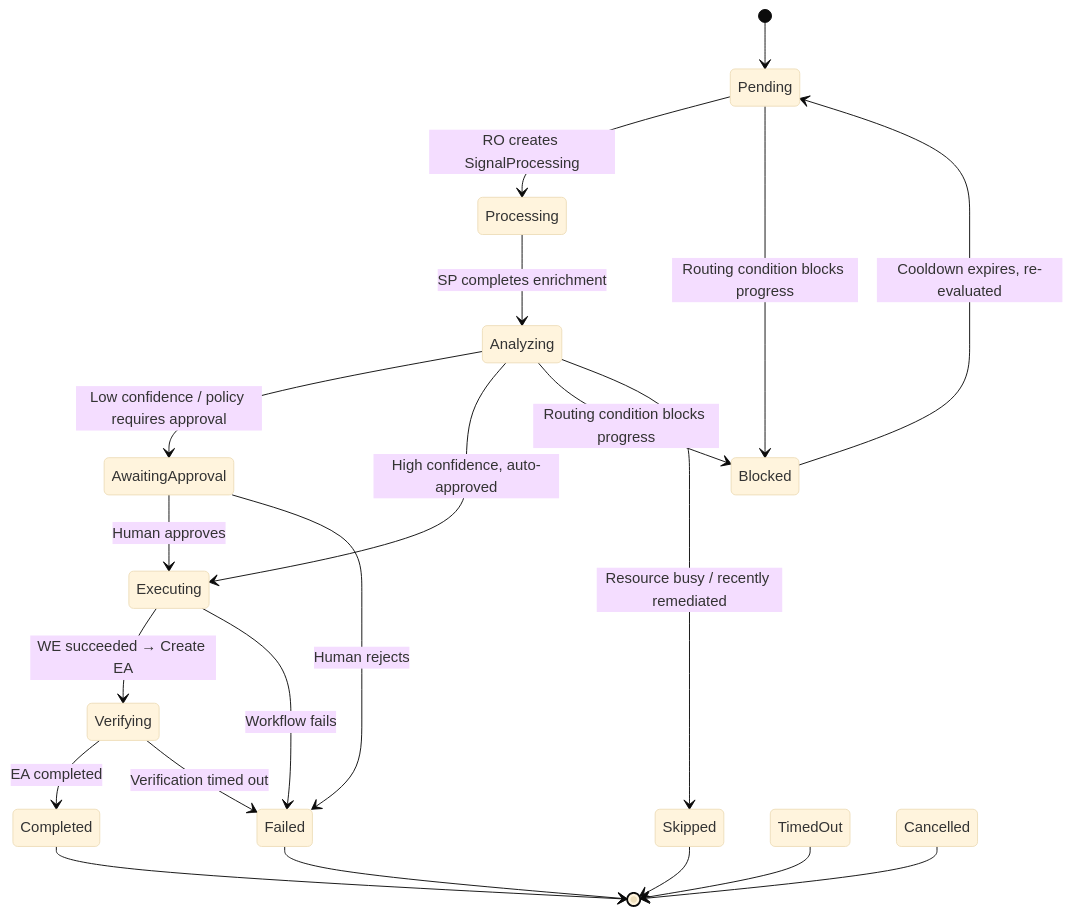
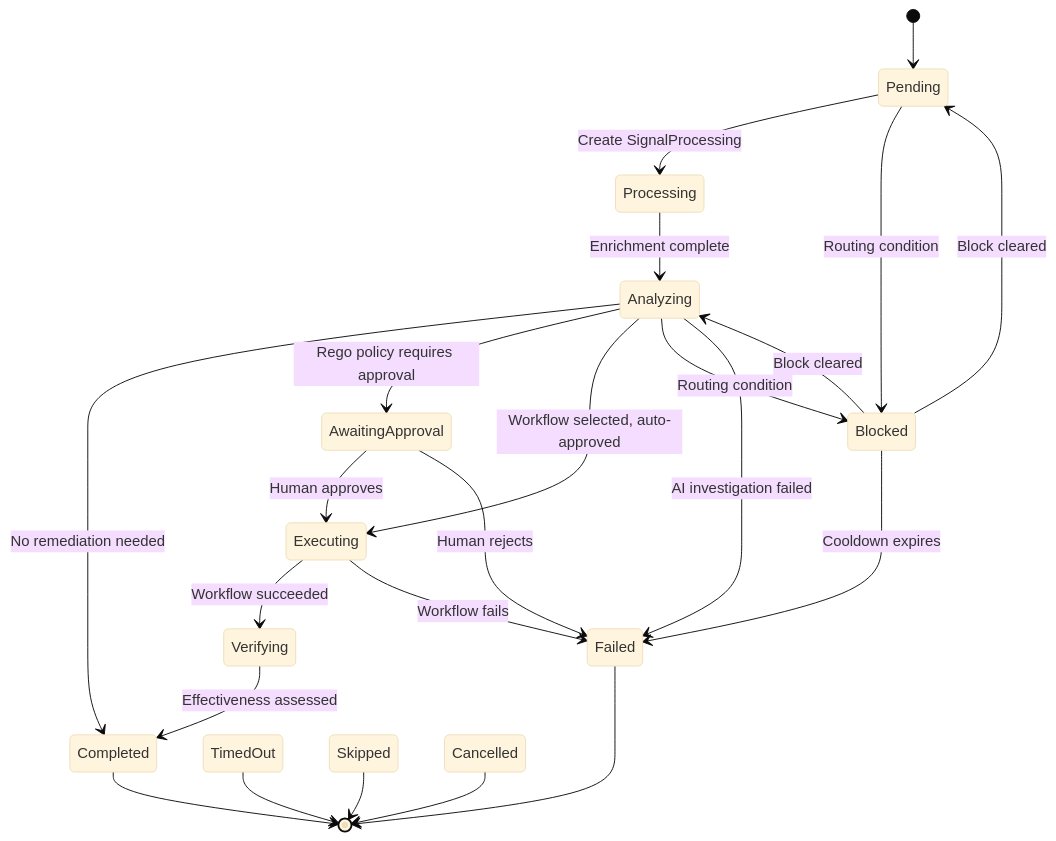
One commit to jordigilh/kubernaut-docs changed the second of 2 diagrams in docs/getting-started/architecture-overview.md. Above: the diagram before and after it, drawn with Mermaid (base theme). The commit also changed other lines of this file and 1 other file, not shown here.

First line of the commit message:
docs: fix system diagram readability and remediation lifecycle accuracy

````diff
--- a/docs/getting-started/architecture-overview.md
+++ b/docs/getting-started/architecture-overview.md
@@ -126,23 +109,25 @@
 ```mermaid
 stateDiagram-v2
     [*] --> Pending
-    Pending --> Processing: RO creates SignalProcessing
-    Pending --> Blocked: Routing condition blocks progress
-    Processing --> Analyzing: SP completes enrichment
-    Analyzing --> AwaitingApproval: Low confidence / policy requires approval
-    Analyzing --> Executing: High confidence, auto-approved
-    Analyzing --> Blocked: Routing condition blocks progress
-    Analyzing --> Skipped: Resource busy / recently remediated
+    Pending --> Processing: Create SignalProcessing
+    Pending --> Blocked: Routing condition
+    Processing --> Analyzing: Enrichment complete
+    Analyzing --> Completed: No remediation needed
+    Analyzing --> AwaitingApproval: Rego policy requires approval
+    Analyzing --> Executing: Workflow selected, auto-approved
+    Analyzing --> Blocked: Routing condition
+    Analyzing --> Failed: AI investigation failed
     AwaitingApproval --> Executing: Human approves
     AwaitingApproval --> Failed: Human rejects
-    Executing --> Verifying: WE succeeded → Create EA
+    Executing --> Verifying: Workflow succeeded
     Executing --> Failed: Workflow fails
-    Blocked --> Pending: Cooldown expires, re-evaluated
-    Verifying --> Completed: EA completed
-    Verifying --> Failed: Verification timed out
+    Verifying --> Completed: Effectiveness assessed
+    Blocked --> Failed: Cooldown expires
+    Blocked --> Analyzing: Block cleared
+    Blocked --> Pending: Block cleared
     Completed --> [*]
     Failed --> [*]
     TimedOut --> [*]
     Skipped --> [*]
     Cancelled --> [*]
 ```
````
